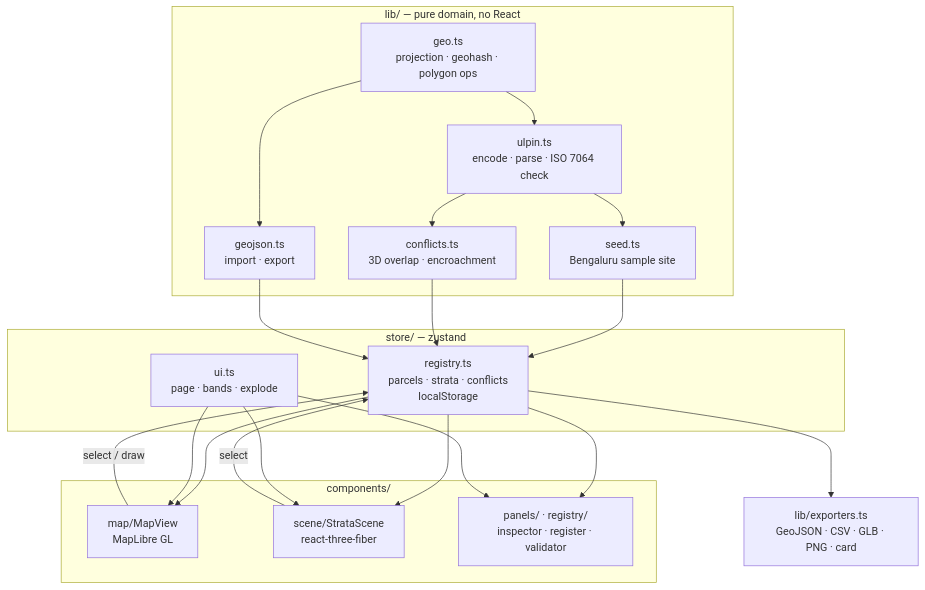
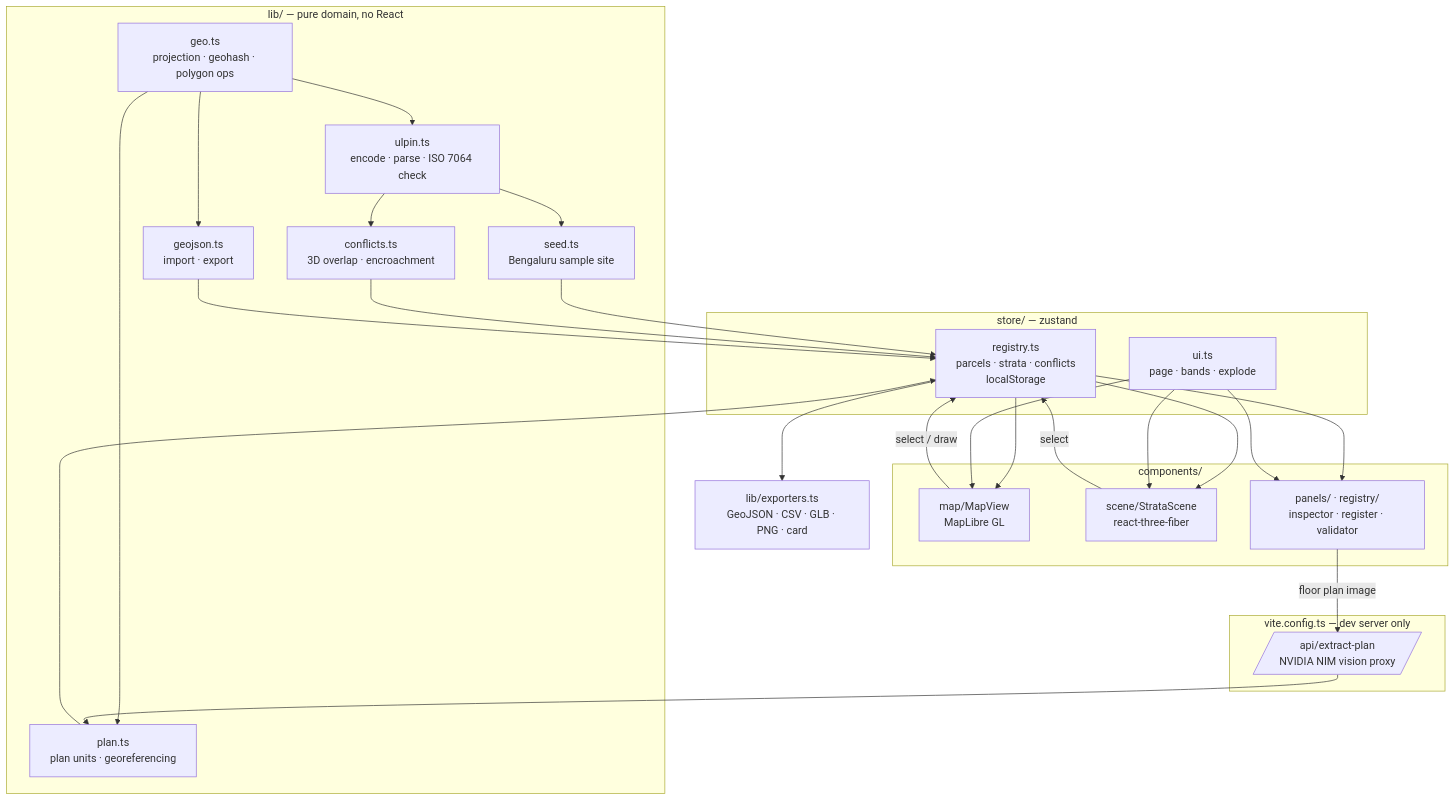
One commit to PiyushAgarwal-16/prebuild changed the diagram in README.md. Above: the diagram before and after it, drawn with Mermaid. The commit also changed other lines of this file and 9 other files, not shown here.

````diff
--- a/README.md
+++ b/README.md
@@ -68,33 +76,41 @@
 ```mermaid
 flowchart TD
     subgraph identity["lib/ — pure domain, no React"]
         GEO[geo.ts<br/>projection · geohash · polygon ops]
         ULP[ulpin.ts<br/>encode · parse · ISO 7064 check]
         CON[conflicts.ts<br/>3D overlap · encroachment]
         GJ[geojson.ts<br/>import · export]
         SEED[seed.ts<br/>Bengaluru sample site]
+        PLAN[plan.ts<br/>plan units · georeferencing]
+    end
+
+    subgraph bridge["vite.config.ts — dev server only"]
+        NIM[/api/extract-plan<br/>NVIDIA NIM vision proxy/]
     end
 
     subgraph state["store/ — zustand"]
         REG[registry.ts<br/>parcels · strata · conflicts<br/>localStorage]
         UI[ui.ts<br/>page · bands · explode]
     end
 
     subgraph views["components/"]
         MAP[map/MapView<br/>MapLibre GL]
         SCN[scene/StrataScene<br/>react-three-fiber]
         PAN[panels/ · registry/<br/>inspector · register · validator]
     end
 
     GEO --> ULP --> CON
     GEO --> GJ
+    GEO --> PLAN
     ULP --> SEED
+    NIM --> PLAN --> REG
     SEED --> REG
     CON --> REG
     GJ --> REG
     REG --> MAP & SCN & PAN
     UI --> MAP & SCN & PAN
+    PAN -->|floor plan image| NIM
     MAP -->|select / draw| REG
     SCN -->|select| REG
     REG --> EXP[lib/exporters.ts<br/>GeoJSON · CSV · GLB · PNG · card]
 ```
````
